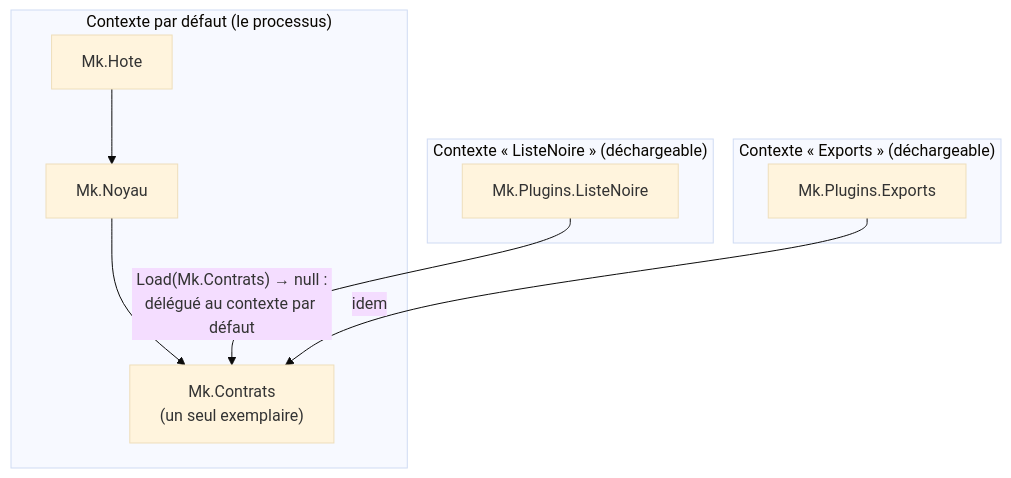
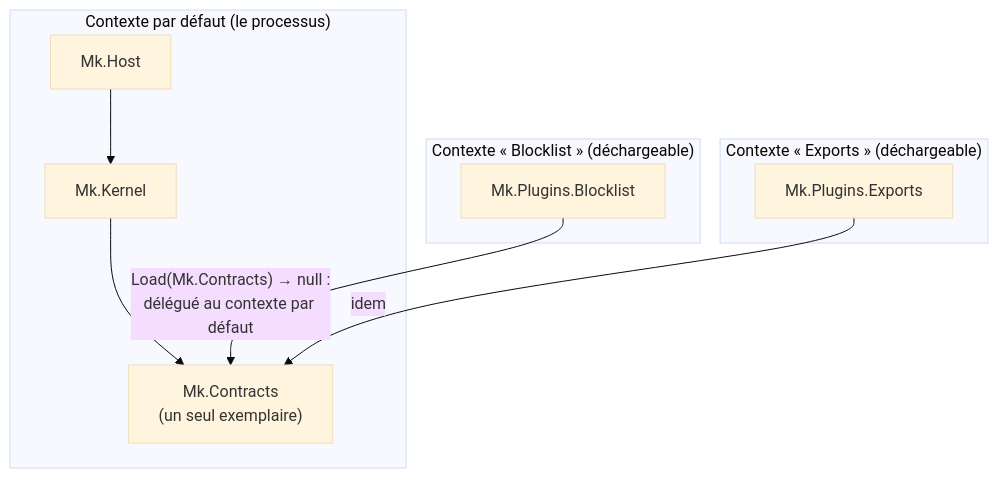
The second of 5 diagrams in Docs/13-microkernel.md (drangoht/ArchitecturesDemo), drawn with Mermaid (base theme) before and after one commit. The commit also changed other lines of this file and 70 other files, not shown here.

Commit message:
Docs FR : identifiants, liens, diagrammes et sorties alignés sur le code anglais

````diff
--- a/Docs/13-microkernel.md
+++ b/Docs/13-microkernel.md
@@ -175,14 +175,14 @@
 ```mermaid
 flowchart TB
     subgraph Defaut["Contexte par défaut (le processus)"]
-        H["Mk.Hote"] --> N["Mk.Noyau"] --> K["Mk.Contrats<br/>(un seul exemplaire)"]
+        H["Mk.Host"] --> N["Mk.Kernel"] --> K["Mk.Contracts<br/>(un seul exemplaire)"]
     end
-    subgraph A1["Contexte « ListeNoire » (déchargeable)"]
-        L["Mk.Plugins.ListeNoire"]
+    subgraph A1["Contexte « Blocklist » (déchargeable)"]
+        L["Mk.Plugins.Blocklist"]
     end
     subgraph A2["Contexte « Exports » (déchargeable)"]
         E["Mk.Plugins.Exports"]
     end
-    L -->|"Load(Mk.Contrats) → null :<br/>délégué au contexte par défaut"| K
+    L -->|"Load(Mk.Contracts) → null :<br/>délégué au contexte par défaut"| K
     E -->|"idem"| K
 ```
````
